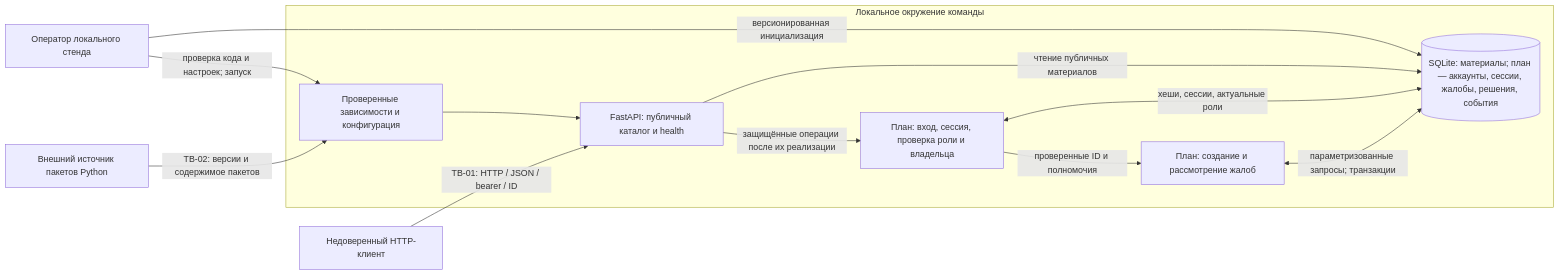
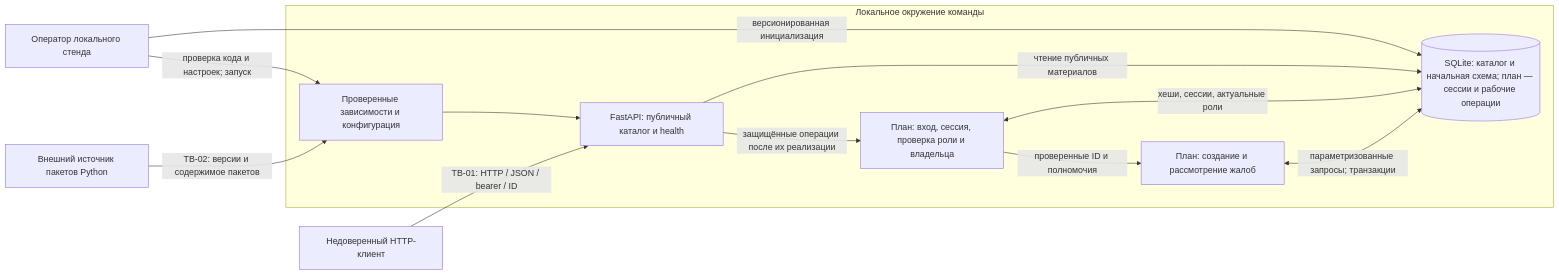
One commit to threehuna/RBPO_Project changed the diagram in THREAT_MODEL.md. Above: the diagram before and after it, drawn with Mermaid. The commit also changed other lines of this file and 5 other files, not shown here.

````diff
--- a/THREAT_MODEL.md
+++ b/THREAT_MODEL.md
@@ -25,23 +25,23 @@
 ```mermaid
 flowchart LR
     C["Недоверенный HTTP-клиент"]
     O["Оператор локального стенда"]
     R["Внешний источник пакетов Python"]
     subgraph Local["Локальное окружение команды"]
         P["Проверенные зависимости и конфигурация"]
         A["FastAPI: публичный каталог и health"]
         G["План: вход, сессия, проверка роли и владельца"]
         S["План: создание и рассмотрение жалоб"]
-        DB[("SQLite: материалы; план — аккаунты, сессии, жалобы, решения, события")]
+        DB[("SQLite: каталог и начальная схема; план — сессии и рабочие операции")]
     end
     C -->|"TB-01: HTTP / JSON / bearer / ID"| A
     A -->|"защищённые операции после их реализации"| G
     G -->|"проверенные ID и полномочия"| S
     G <-->|"хеши, сессии, актуальные роли"| DB
     A -->|"чтение публичных материалов"| DB
     S <-->|"параметризованные запросы; транзакции"| DB
     R -->|"TB-02: версии и содержимое пакетов"| P
     O -->|"проверка кода и настроек; запуск"| P
     P --> A
     O -->|"версионированная инициализация"| DB
 ```
````
